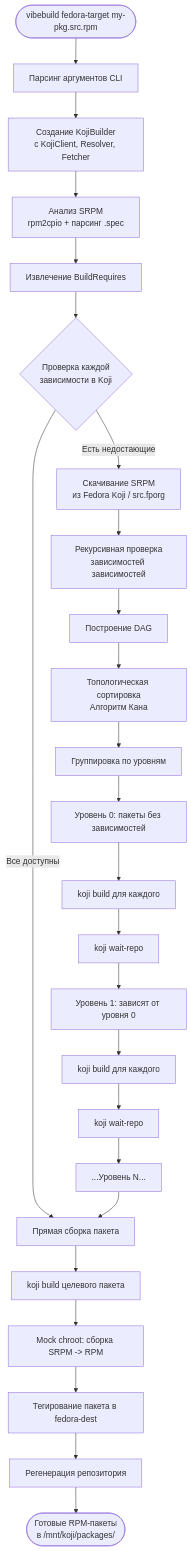
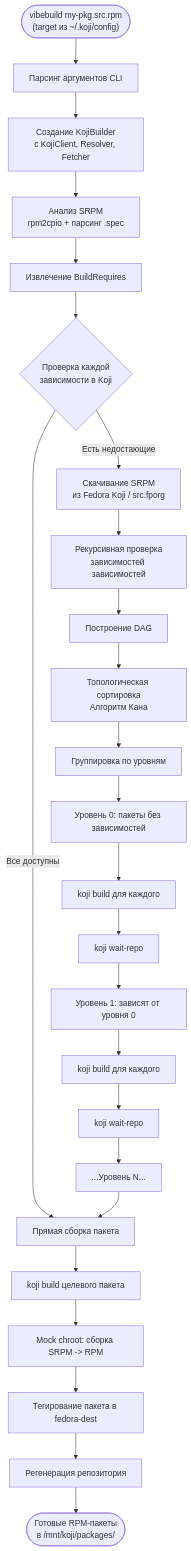
Before and after one commit to ssokkol/koji-vibebuild: the tenth of 17 diagrams in docs/PROJECT_OVERVIEW.md, drawn with Mermaid. The commit also changed other lines of this file and 6 other files, not shown here.

First line of the commit message:
docs: update docs and CLI for single-argument vibebuild syntax

````diff
--- a/docs/PROJECT_OVERVIEW.md
+++ b/docs/PROJECT_OVERVIEW.md
@@ -425,32 +425,32 @@
 ```mermaid
 flowchart TB
-    Start(["vibebuild fedora-target my-pkg.src.rpm"]) --> ParseArgs["Парсинг аргументов CLI"]
+    Start(["vibebuild my-pkg.src.rpm\n(target из ~/.koji/config)"]) --> ParseArgs["Парсинг аргументов CLI"]
     ParseArgs --> CreateBuilder["Создание KojiBuilder<br/>с KojiClient, Resolver, Fetcher"]
     CreateBuilder --> AnalyzeSRPM["Анализ SRPM<br/>rpm2cpio + парсинг .spec"]
     AnalyzeSRPM --> ExtractBR["Извлечение BuildRequires"]
     ExtractBR --> CheckKoji{"Проверка каждой<br/>зависимости в Koji"}
 
     CheckKoji -->|"Все доступны"| DirectBuild["Прямая сборка пакета"]
     CheckKoji -->|"Есть недостающие"| DownloadSRPM["Скачивание SRPM<br/>из Fedora Koji / src.fporg"]
     DownloadSRPM --> RecursiveCheck["Рекурсивная проверка<br/>зависимостей зависимостей"]
     RecursiveCheck --> BuildDAG["Построение DAG"]
     BuildDAG --> TopoSort["Топологическая сортировка<br/>Алгоритм Кана"]
     TopoSort --> GroupLevels["Группировка по уровням"]
 
     GroupLevels --> Level0["Уровень 0: пакеты без зависимостей"]
     Level0 --> KojiBuild0["koji build для каждого"]
     KojiBuild0 --> WaitRepo0["koji wait-repo"]
 
     WaitRepo0 --> Level1["Уровень 1: зависят от уровня 0"]
     Level1 --> KojiBuild1["koji build для каждого"]
     KojiBuild1 --> WaitRepo1["koji wait-repo"]
 
     WaitRepo1 --> LevelN["...Уровень N..."]
     LevelN --> DirectBuild
 
     DirectBuild --> KojiBuildFinal["koji build целевого пакета"]
     KojiBuildFinal --> MockBuild["Mock chroot: сборка SRPM -> RPM"]
     MockBuild --> TagPackage["Тегирование пакета в fedora-dest"]
     TagPackage --> RegenRepo["Регенерация репозитория"]
     RegenRepo --> Done(["Готовые RPM-пакеты<br/>в /mnt/koji/packages/"])
 ```
````
